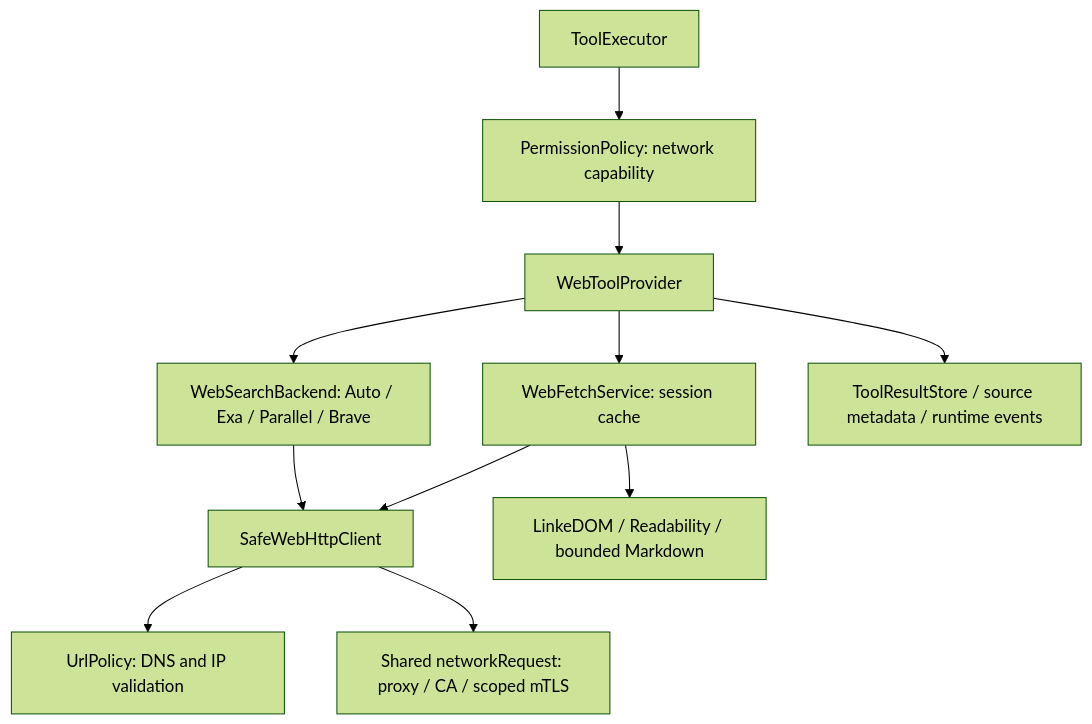
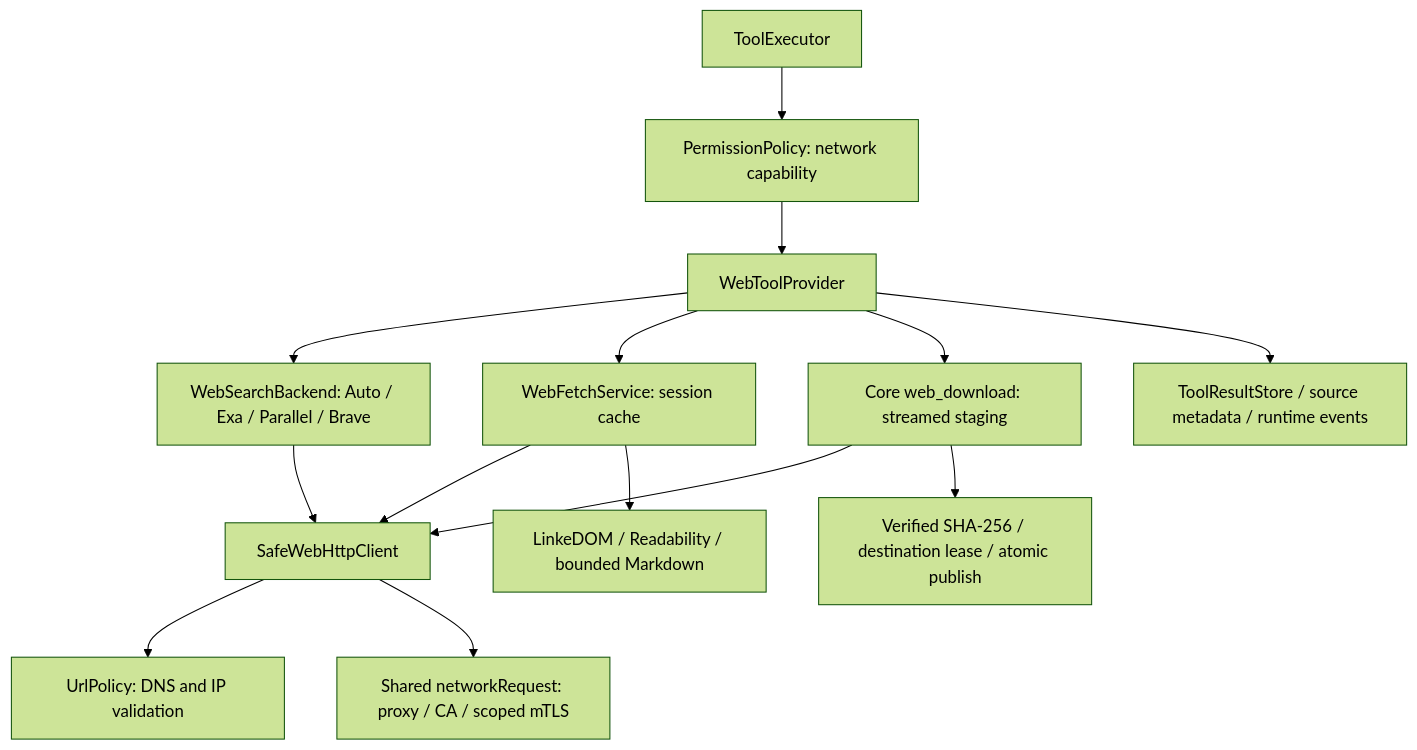
One commit to TheAsrada/ChiselCode changed the third of 4 diagrams in docs/architecture.md. Above: the diagram before and after it, drawn with Mermaid (forest theme). The commit also changed other lines of this file and 81 other files, not shown here.

````diff
--- a/docs/architecture.md
+++ b/docs/architecture.md
@@ -91,13 +93,16 @@
 ```mermaid
 flowchart TD
   Executor[ToolExecutor] --> Policy[PermissionPolicy: network capability]
   Policy --> Web[WebToolProvider]
   Web --> Search[WebSearchBackend: Auto / Exa / Parallel / Brave]
   Web --> Fetch[WebFetchService: session cache]
+  Web --> Download[Core web_download: streamed staging]
   Search --> HTTP[SafeWebHttpClient]
   Fetch --> HTTP
+  Download --> HTTP
+  Download --> Publish[Verified SHA-256 / destination lease / atomic publish]
   HTTP --> URL[UrlPolicy: DNS and IP validation]
   HTTP --> Network[Shared networkRequest: proxy / CA / scoped mTLS]
   Fetch --> Extract[LinkeDOM / Readability / bounded Markdown]
   Web --> Results[ToolResultStore / source metadata / runtime events]
 ```
````
